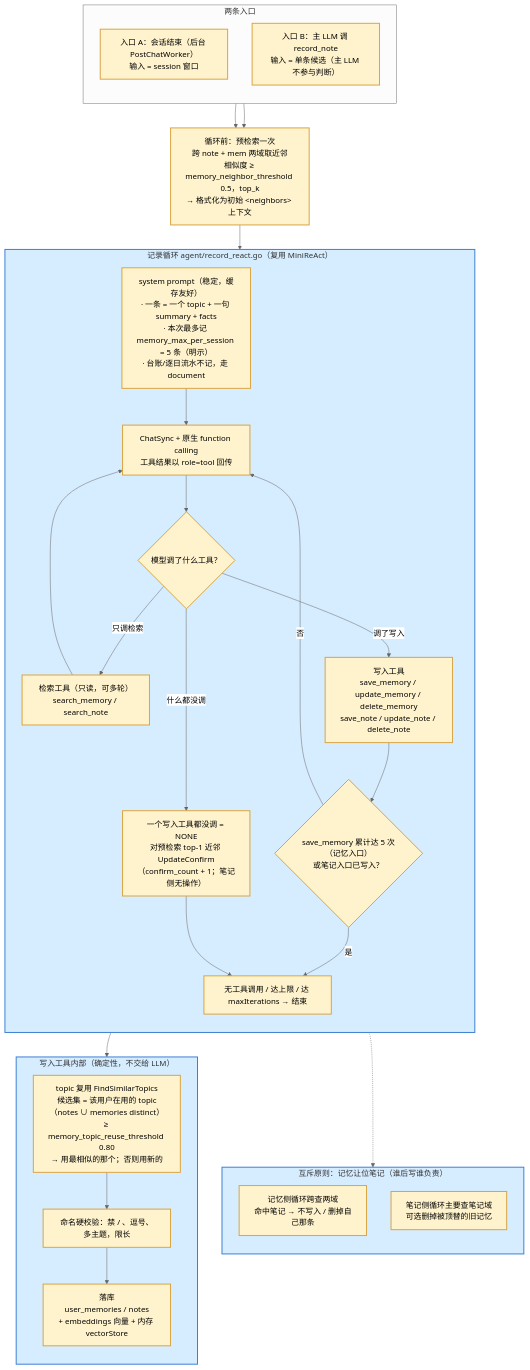
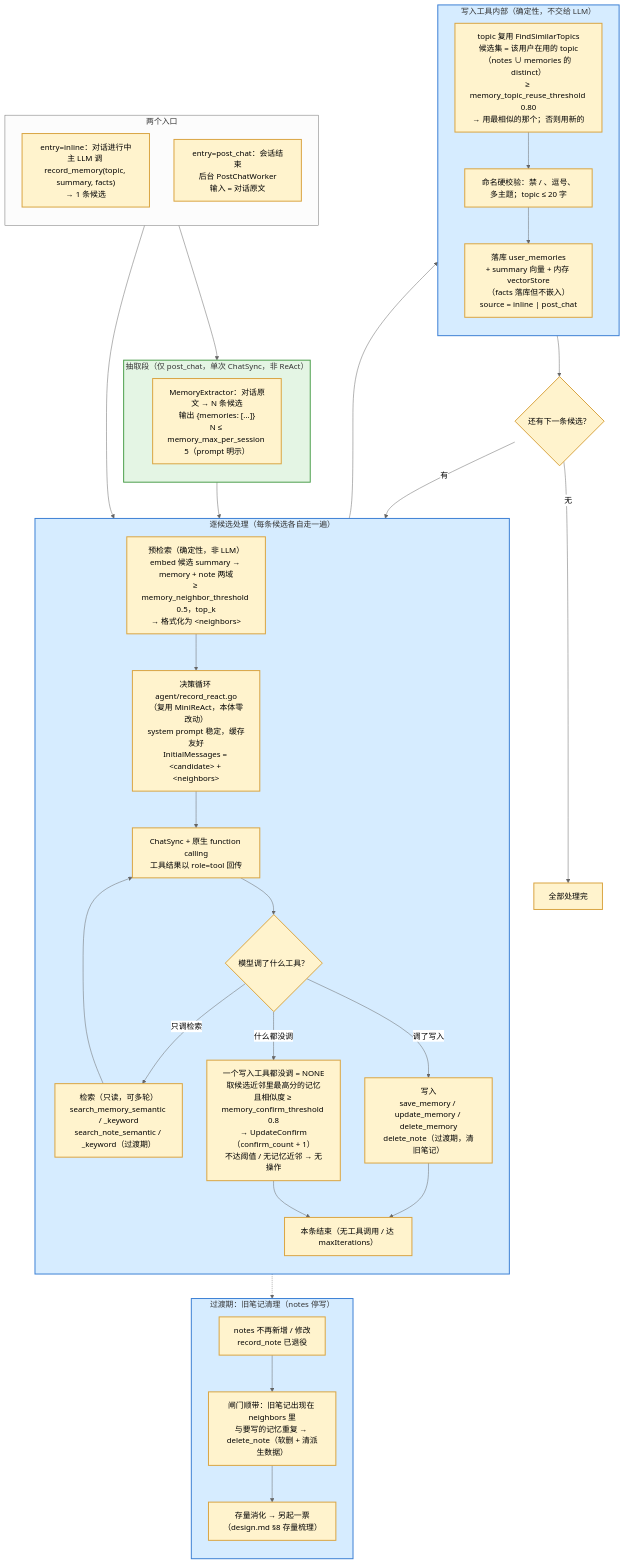
Before and after one commit to xHanJiao/xhanHelper: the diagram in docs/design/memory-note-rework/flow.md, drawn with Mermaid (neutral theme). The commit also changed other lines of this file and 7 other files, not shown here.

First line of the commit message:
docs(design)+refactor(prompt): 记录循环改为两段式，记忆定义收敛为单一来源

````diff
--- a/docs/design/memory-note-rework/flow.md
+++ b/docs/design/memory-note-rework/flow.md
@@ -12,59 +12,67 @@
 ```mermaid
 flowchart TD
-  subgraph TRIG["两条入口"]
+  subgraph TRIG["两个入口"]
     direction TB
-    CHAT["入口 A：会话结束（后台 PostChatWorker）<br/>输入 = session 窗口"]
-    TOOL["入口 B：主 LLM 调 record_note<br/>输入 = 单条候选（主 LLM 不参与判断）"]
+    INLINE["entry=inline：对话进行中<br/>主 LLM 调 record_memory(topic, summary, facts)<br/>→ 1 条候选"]
+    POST["entry=post_chat：会话结束<br/>后台 PostChatWorker<br/>输入 = 对话原文"]
   end
 
-  CHAT --> PRE
-  TOOL --> PRE
+  subgraph EXTRACT["抽取段（仅 post_chat，单次 ChatSync，非 ReAct）"]
+    direction TB
+    EX1["MemoryExtractor：对话原文 → N 条候选<br/>输出 {memories: [...]}<br/>N ≤ memory_max_per_session 5（prompt 明示）"]
+  end
 
-  PRE["循环前：预检索一次<br/>跨 note + mem 两域取近邻<br/>相似度 ≥ memory_neighbor_threshold 0.5，top_k<br/>→ 格式化为初始 &lt;neighbors&gt; 上下文"]
+  POST --> EXTRACT
 
-  PRE --> LOOP
-
-  subgraph LOOP["记录循环 agent/record_react.go（复用 MiniReAct）"]
+  subgraph PERCAND["逐候选处理（每条候选各自走一遍）"]
     direction TB
-    SYS["system prompt（稳定，缓存友好）<br/>· 一条 = 一个 topic + 一句 summary + facts<br/>· 本次最多记 memory_max_per_session = 5 条（明示）<br/>· 台账/逐日流水不记，走 document"]
+    PRE["预检索（确定性，非 LLM）<br/>embed 候选 summary → memory + note 两域<br/>≥ memory_neighbor_threshold 0.5，top_k<br/>→ 格式化为 &lt;neighbors&gt;"]
+    SYS["决策循环 agent/record_react.go<br/>（复用 MiniReAct，本体零改动）<br/>system prompt 稳定，缓存友好<br/>InitialMessages = &lt;candidate&gt; + &lt;neighbors&gt;"]
     ROUND["ChatSync + 原生 function calling<br/>工具结果以 role=tool 回传"]
     TOOLS{"模型调了什么工具？"}
-    READ["检索工具（只读，可多轮）<br/>search_memory / search_note"]
-    WRITE["写入工具<br/>save_memory / update_memory / delete_memory<br/>save_note / update_note / delete_note"]
-    NONE["一个写入工具都没调 = NONE<br/>对预检索 top-1 近邻 UpdateConfirm<br/>（confirm_count + 1；笔记侧无操作）"]
-    CAP{"save_memory 累计达 5 次（记忆入口）<br/>或笔记入口已写入？"}
-    STOP["无工具调用 / 达上限 / 达 maxIterations → 结束"]
+    READ["检索（只读，可多轮）<br/>search_memory_semantic / _keyword<br/>search_note_semantic / _keyword（过渡期）"]
+    WRITE["写入<br/>save_memory / update_memory / delete_memory<br/>delete_note（过渡期，清旧笔记）"]
+    NONE["一个写入工具都没调 = NONE<br/>取候选近邻里最高分的记忆<br/>且相似度 ≥ memory_confirm_threshold 0.8<br/>→ UpdateConfirm（confirm_count + 1）<br/>不达阈值 / 无记忆近邻 → 无操作"]
+    STOP["本条结束（无工具调用 / 达 maxIterations）"]
 
-    SYS --> ROUND --> TOOLS
+    PRE --> SYS --> ROUND --> TOOLS
     TOOLS -->|只调检索| READ --> ROUND
     TOOLS -->|调了写入| WRITE
     TOOLS -->|什么都没调| NONE
-    WRITE --> CAP
-    CAP -->|否| ROUND
-    CAP -->|是| STOP
+    WRITE --> STOP
     NONE --> STOP
   end
+
+  INLINE --> PRE
+  EXTRACT --> PRE
 
   WRITE --> SAVE
 
   subgraph SAVE["写入工具内部（确定性，不交给 LLM）"]
     direction TB
-    TOPIC["topic 复用 FindSimilarTopics<br/>候选集 = 该用户在用的 topic<br/>（notes ∪ memories distinct）<br/>≥ memory_topic_reuse_threshold 0.80<br/>→ 用最相似的那个；否则用新的"]
-    NAMECHK["命名硬校验：禁 / 、逗号、多主题，限长"]
-    DB["落库<br/>user_memories / notes<br/>+ embeddings 向量 + 内存 vectorStore"]
+    TOPIC["topic 复用 FindSimilarTopics<br/>候选集 = 该用户在用的 topic<br/>（notes ∪ memories 的 distinct）<br/>≥ memory_topic_reuse_threshold 0.80<br/>→ 用最相似的那个；否则用新的"]
+    NAMECHK["命名硬校验：禁 / 、逗号、多主题；topic ≤ 20 字"]
+    DB["落库 user_memories<br/>+ summary 向量 + 内存 vectorStore<br/>（facts 落库但不嵌入）<br/>source = inline | post_chat"]
     TOPIC --> NAMECHK --> DB
   end
 
-  subgraph MUTEX["互斥原则：记忆让位笔记（谁后写谁负责）"]
+  DB --> NEXT{"还有下一条候选？"}
+  NEXT -->|有| PRE
+  NEXT -->|无| DONE["全部处理完"]
+
+  subgraph LEGACY["过渡期：旧笔记清理（notes 停写）"]
     direction TB
-    M1["记忆侧循环跨查两域<br/>命中笔记 → 不写入 / 删掉自己那条"]
-    M2["笔记侧循环主要查笔记域<br/>可选删掉被顶替的旧记忆"]
+    L1["notes 不再新增 / 修改<br/>record_note 已退役"]
+    L2["闸门顺带：旧笔记出现在 neighbors 里<br/>与要写的记忆重复 → delete_note（软删 + 清派生数据）"]
+    L3["存量消化 → 另起一票（design.md §8 存量梳理）"]
+    L1 --> L2 --> L3
   end
-  LOOP -.-> MUTEX
+  PERCAND -.-> LEGACY
 
   classDef todo fill:#fff3cd,stroke:#d9a441,stroke-width:2px;
-  class CHAT,TOOL,PRE,SYS,ROUND,TOOLS,READ,WRITE,NONE,CAP,STOP,TOPIC,NAMECHK,DB,M1,M2 todo;
-  style LOOP fill:#d6ecff,stroke:#3b7fd4,stroke-width:2px;
+  class INLINE,POST,EX1,PRE,SYS,ROUND,TOOLS,READ,WRITE,NONE,STOP,NEXT,DONE,TOPIC,NAMECHK,DB,L1,L2,L3 todo;
+  style EXTRACT fill:#e4f5e4,stroke:#4a9d4a,stroke-width:2px;
+  style PERCAND fill:#d6ecff,stroke:#3b7fd4,stroke-width:2px;
   style SAVE fill:#d6ecff,stroke:#3b7fd4,stroke-width:2px;
-  style MUTEX fill:#d6ecff,stroke:#3b7fd4,stroke-width:2px;
+  style LEGACY fill:#d6ecff,stroke:#3b7fd4,stroke-width:2px;
 ```
````
